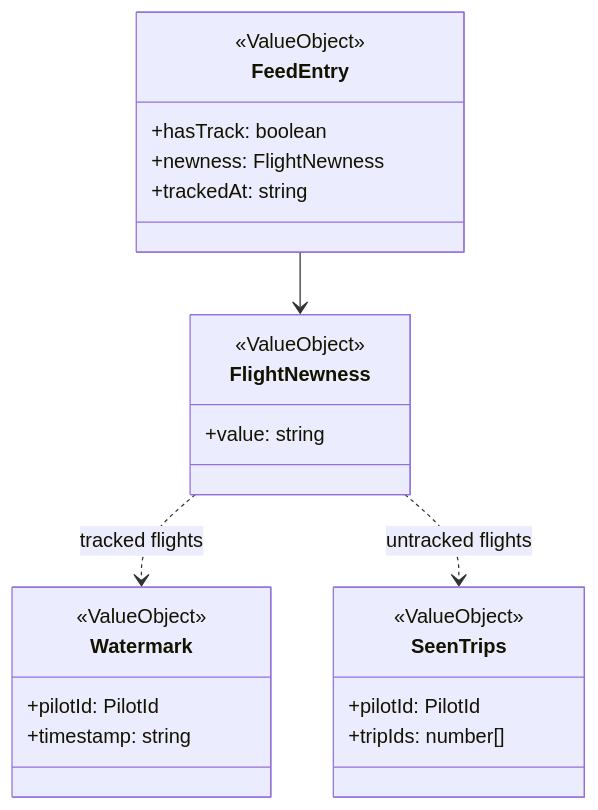
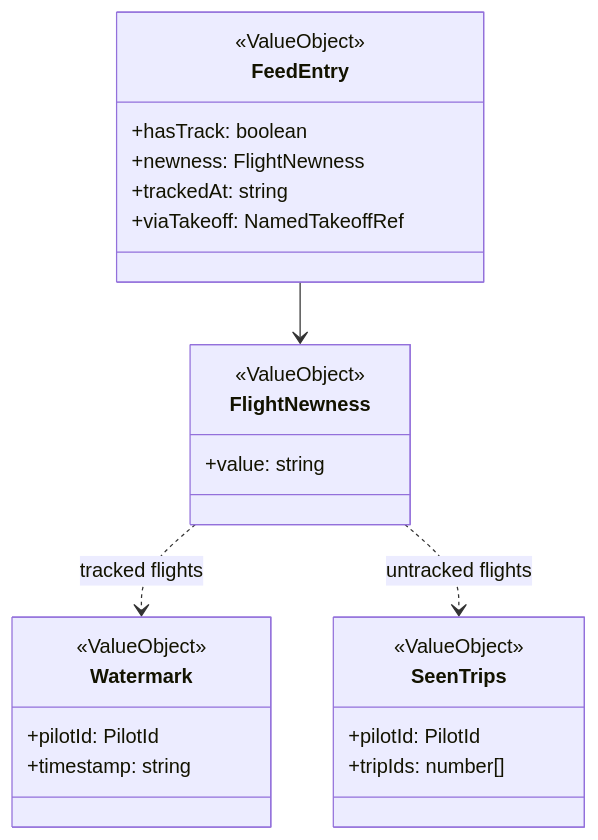
Before and after one commit to SondreBakken/flight-log-remastered: the diagram in docs/blueprint/domain/flight-feed.md, drawn with Mermaid. The commit also changed other lines of this file and 2 other files, not shown here.

````diff
--- a/docs/blueprint/domain/flight-feed.md
+++ b/docs/blueprint/domain/flight-feed.md
@@ -5,26 +7,27 @@
 ```mermaid
 classDiagram
     class FeedEntry {
         <<ValueObject>>
         +hasTrack: boolean
         +newness: FlightNewness
         +trackedAt: string
+        +viaTakeoff: NamedTakeoffRef
     }
     class FlightNewness {
         <<ValueObject>>
         +value: string
     }
     class Watermark {
         <<ValueObject>>
         +pilotId: PilotId
         +timestamp: string
     }
     class SeenTrips {
         <<ValueObject>>
         +pilotId: PilotId
         +tripIds: number[]
     }
     FeedEntry --> FlightNewness
     FlightNewness ..> Watermark : tracked flights
     FlightNewness ..> SeenTrips : untracked flights
 ```
````
